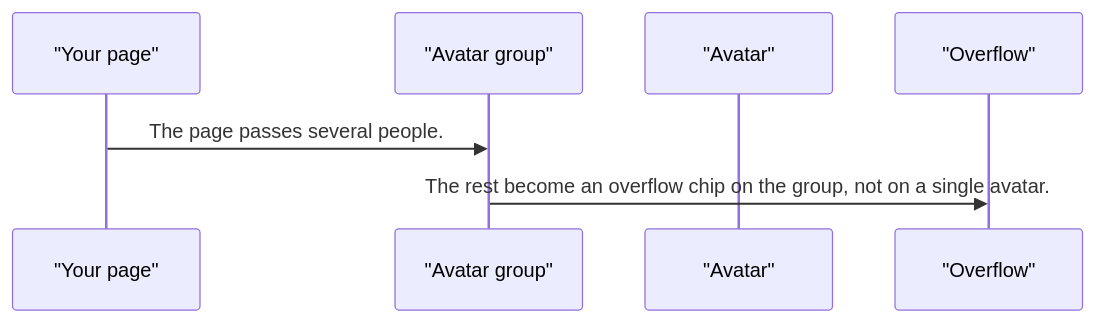
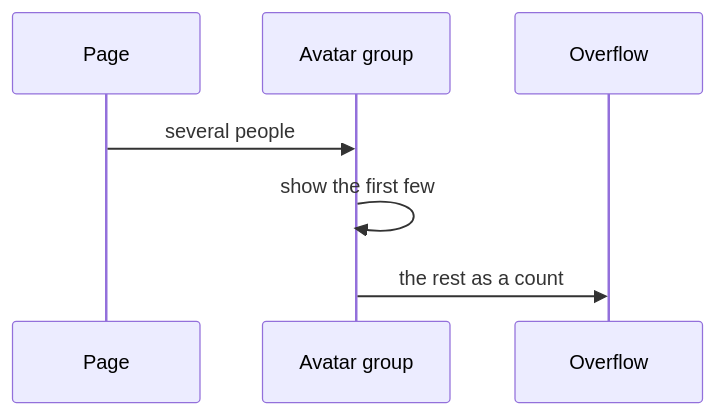
The fourth of 4 diagrams in projects/pixel-ui/src/lib/pixel-avatar/DESIGN.md (RajshekharBorate/pixel-ui), drawn with Mermaid before and after one commit. The commit also changed other lines of this file and 73 other files, not shown here.

Commit message:
Explain who owns each value and what each flow does in every component and service design.

````diff
--- a/projects/pixel-ui/src/lib/pixel-avatar/DESIGN.md
+++ b/projects/pixel-ui/src/lib/pixel-avatar/DESIGN.md
@@ -78,9 +106,9 @@
 ```mermaid
 sequenceDiagram
-  participant page as "Your page"
-  participant group as "Avatar group"
-  participant avatar as "Avatar"
-  participant more as "Overflow"
-  page->>group: The page passes several people.
-  group->>more: The rest become an overflow chip on the group, not on a single avatar.
+  participant Page
+  participant Group as Avatar group
+  participant More as Overflow
+  Page->>Group: several people
+  Group->>Group: show the first few
+  Group->>More: the rest as a count
 ```
````
